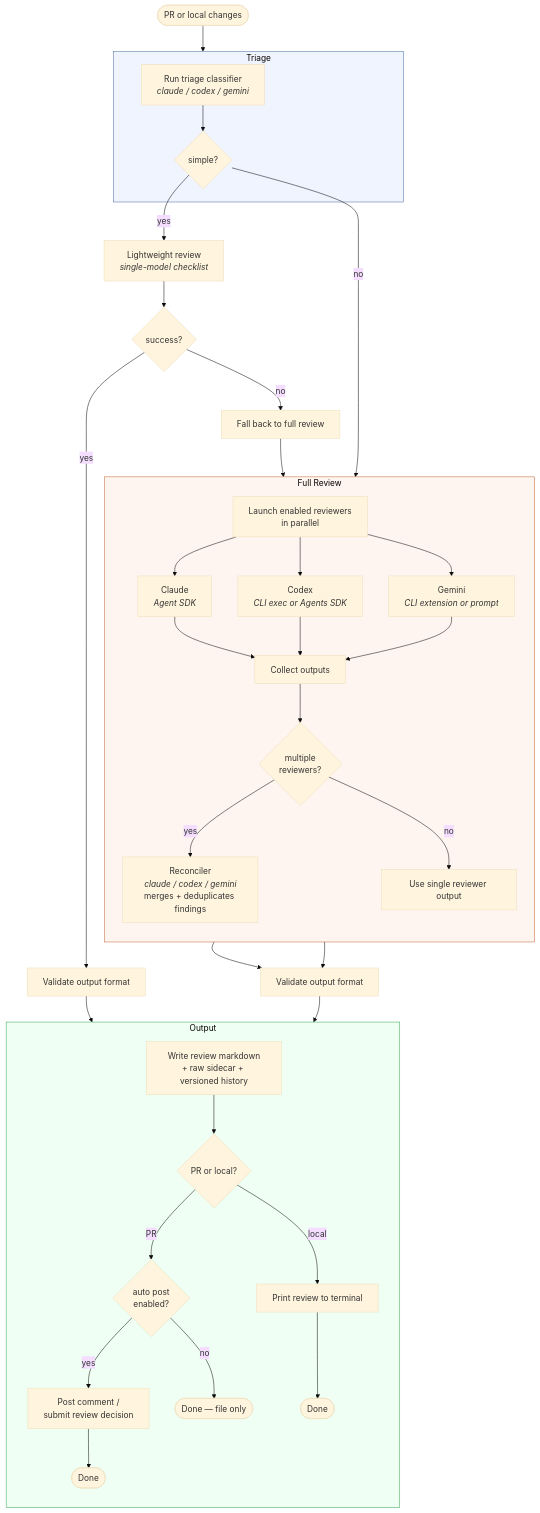
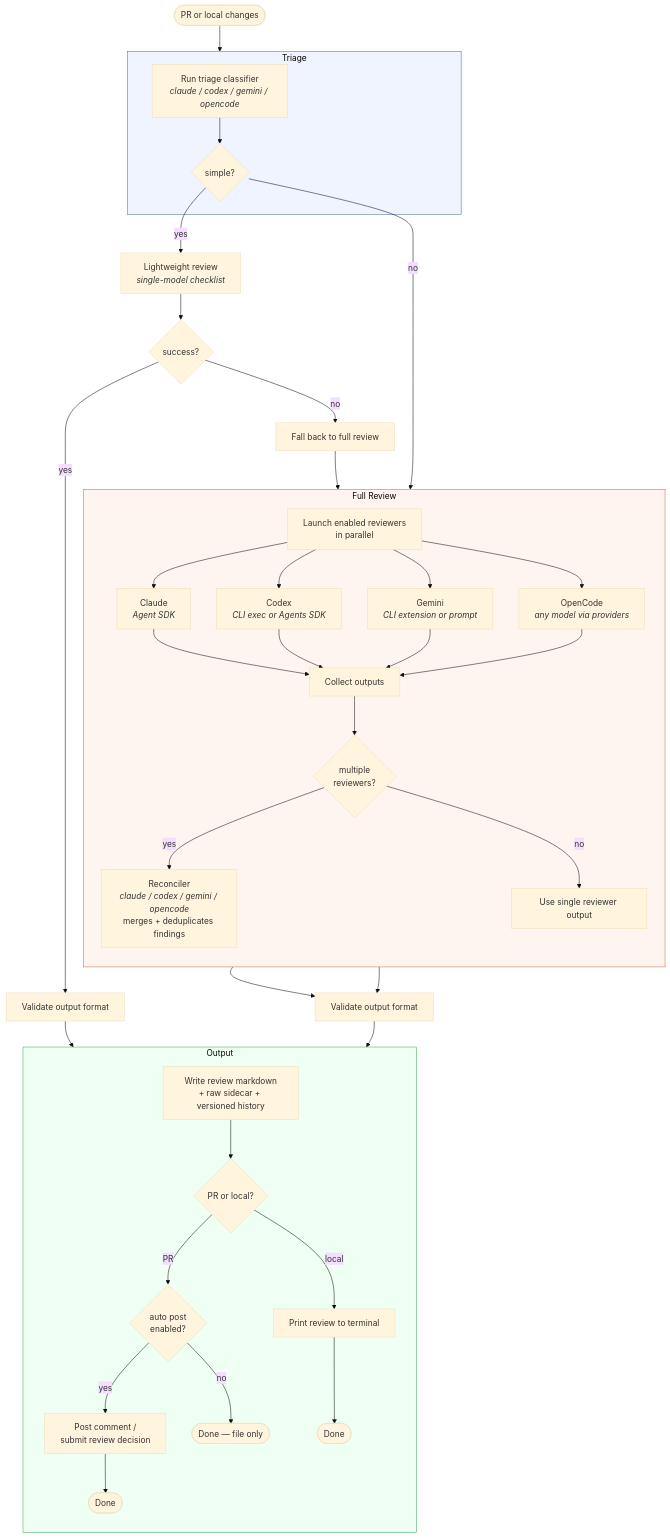
The diagram in README.md (Inkvi/code-reviewer), drawn with Mermaid (base theme) before and after one commit. The commit also changed other lines of this file and 18 other files, not shown here.

First line of the commit message:
feat: add OpenCode as a reviewer backend

````diff
--- a/README.md
+++ b/README.md
@@ -314,54 +321,56 @@
 ```mermaid
 flowchart TD
     Start([PR or local changes]) --> Triage
 
     subgraph Triage
-        T[Run triage classifier<br><i>claude / codex / gemini</i>]
+        T[Run triage classifier<br><i>claude / codex / gemini / opencode</i>]
         T --> Simple{simple?}
     end
 
     Simple -->|yes| LW[Lightweight review<br><i>single-model checklist</i>]
     LW --> LWValid{success?}
     LWValid -->|yes| Validate1[Validate output format]
     LWValid -->|no| Fallback[Fall back to full review]
     Validate1 --> Output
 
     Simple -->|no| FullReview
     Fallback --> FullReview
 
     subgraph FullReview [Full Review]
         direction TB
         Launch[Launch enabled reviewers<br>in parallel]
         Launch --> Claude[Claude<br><i>Agent SDK</i>]
         Launch --> Codex[Codex<br><i>CLI exec or Agents SDK</i>]
         Launch --> Gemini[Gemini<br><i>CLI extension or prompt</i>]
+        Launch --> OpenCode[OpenCode<br><i>any model via providers</i>]
 
         Claude --> Collect[Collect outputs]
         Codex --> Collect
         Gemini --> Collect
+        OpenCode --> Collect
 
         Collect --> Multi{multiple<br>reviewers?}
-        Multi -->|yes| Reconcile[Reconciler<br><i>claude / codex / gemini</i><br>merges + deduplicates findings]
+        Multi -->|yes| Reconcile[Reconciler<br><i>claude / codex / gemini / opencode</i><br>merges + deduplicates findings]
         Multi -->|no| Single[Use single reviewer output]
     end
 
     Reconcile --> Validate2[Validate output format]
     Single --> Validate2
     Validate2 --> Output
 
     subgraph Output [Output]
         direction TB
         Write[Write review markdown<br>+ raw sidecar + versioned history]
         Write --> Mode{PR or local?}
         Mode -->|PR| Publish{auto post<br>enabled?}
         Publish -->|yes| Post[Post comment /<br>submit review decision]
         Publish -->|no| Done1([Done — file only])
         Post --> Done2([Done])
         Mode -->|local| Print[Print review to terminal]
         Print --> Done3([Done])
     end
 
     style Triage fill:#f0f4ff,stroke:#4a6fa5
     style FullReview fill:#fff5f0,stroke:#c56a3a
     style Output fill:#f0fff4,stroke:#3aaa5b
 ```
````
